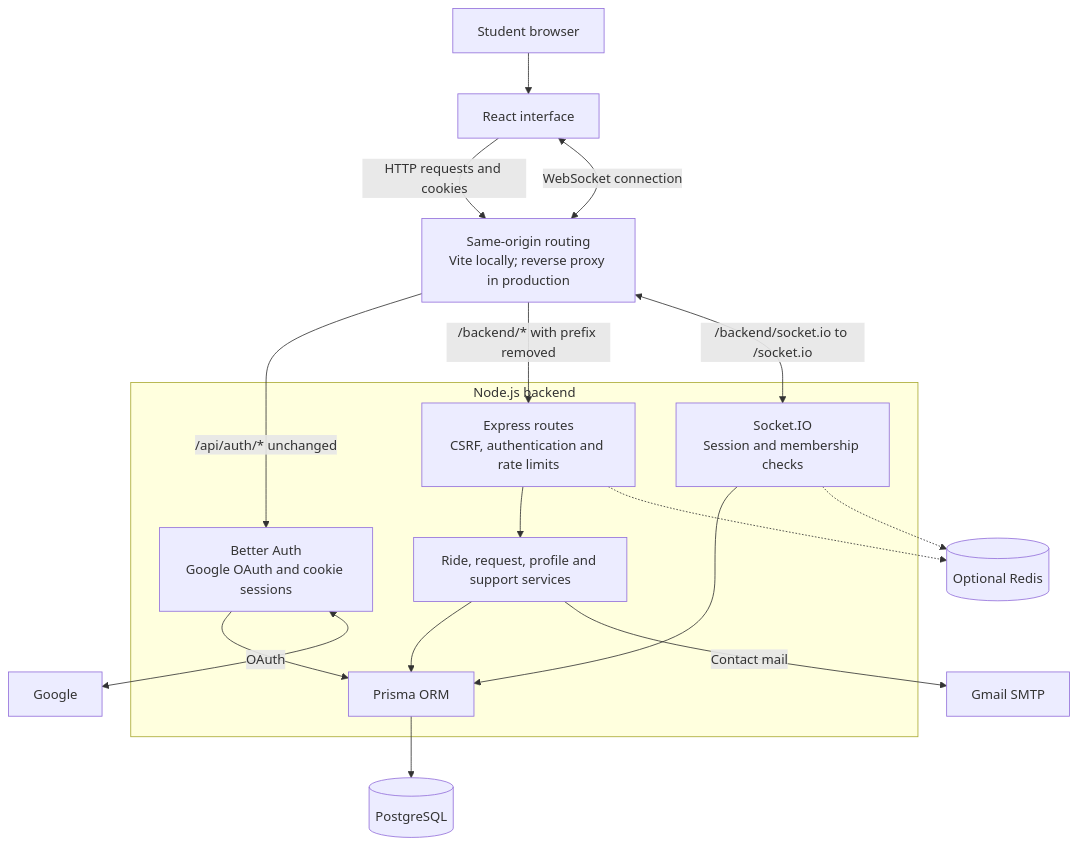
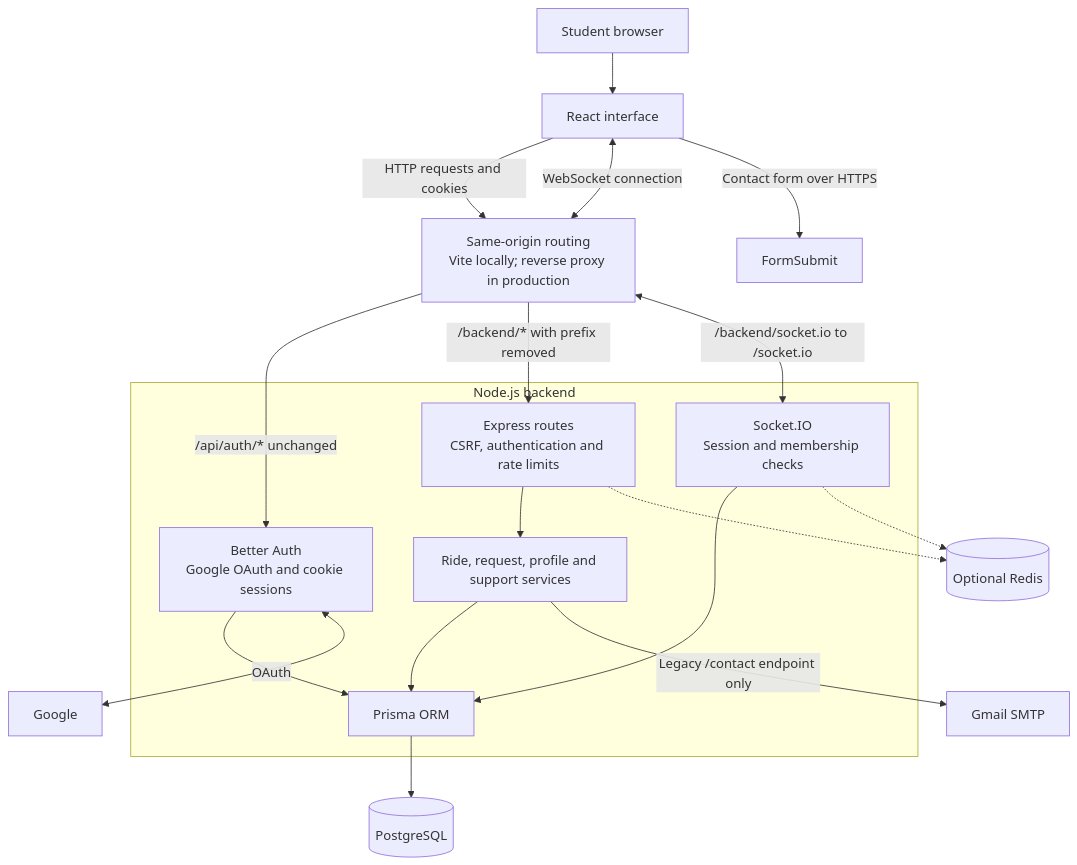
One commit to DaemonLab/Ride-Sharing-Website changed the first of 6 diagrams in README.md. Above: the diagram before and after it, drawn with Mermaid. The commit also changed other lines of this file and 4 other files, not shown here.

Commit message:
Send contact form through FormSubmit over HTTPS

````diff
--- a/README.md
+++ b/README.md
@@ -57,31 +57,32 @@
 ```mermaid
 flowchart TB
     Student["Student browser"]
     UI["React interface"]
     Proxy["Same-origin routing<br/>Vite locally; reverse proxy in production"]
 
     Student --> UI
     UI -->|"HTTP requests and cookies"| Proxy
     UI <-->|"WebSocket connection"| Proxy
 
     subgraph Backend["Node.js backend"]
         Auth["Better Auth<br/>Google OAuth and cookie sessions"]
         API["Express routes<br/>CSRF, authentication and rate limits"]
         Services["Ride, request, profile and support services"]
         Chat["Socket.IO<br/>Session and membership checks"]
         ORM["Prisma ORM"]
         Auth --> ORM
         API --> Services
         Services --> ORM
         Chat --> ORM
     end
 
     Proxy -->|"/api/auth/* unchanged"| Auth
     Proxy -->|"/backend/* with prefix removed"| API
     Proxy <-->|"/backend/socket.io to /socket.io"| Chat
     ORM --> DB[("PostgreSQL")]
     Auth <-->|"OAuth"| Google["Google"]
-    Services -->|"Contact mail"| Mail["Gmail SMTP"]
+    UI -->|"Contact form over HTTPS"| FormSubmit["FormSubmit"]
+    Services -->|"Legacy /contact endpoint only"| Mail["Gmail SMTP"]
     API -.-> Redis[("Optional Redis")]
     Chat -.-> Redis
 ```
````
